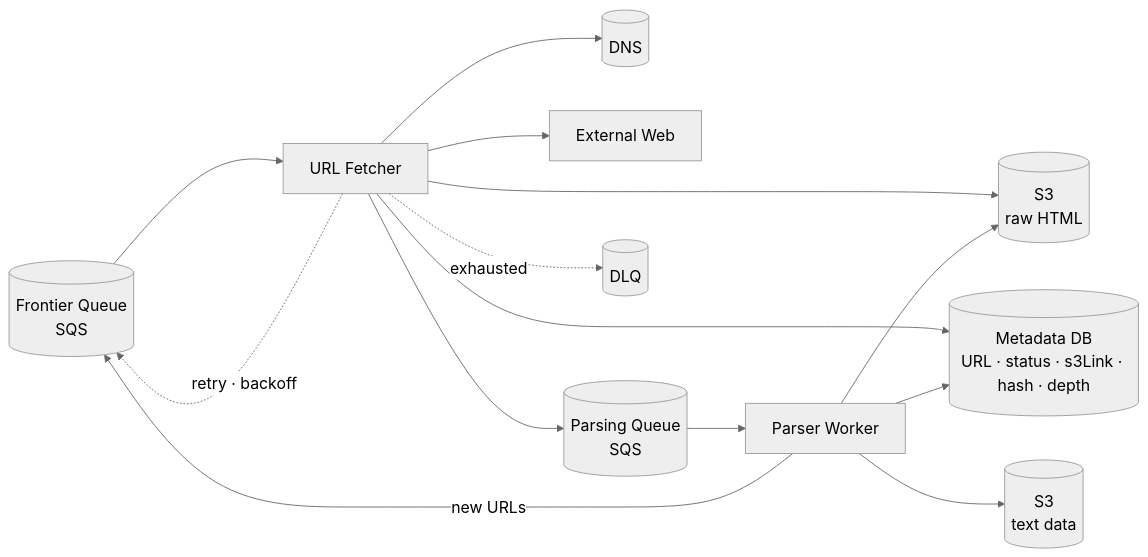
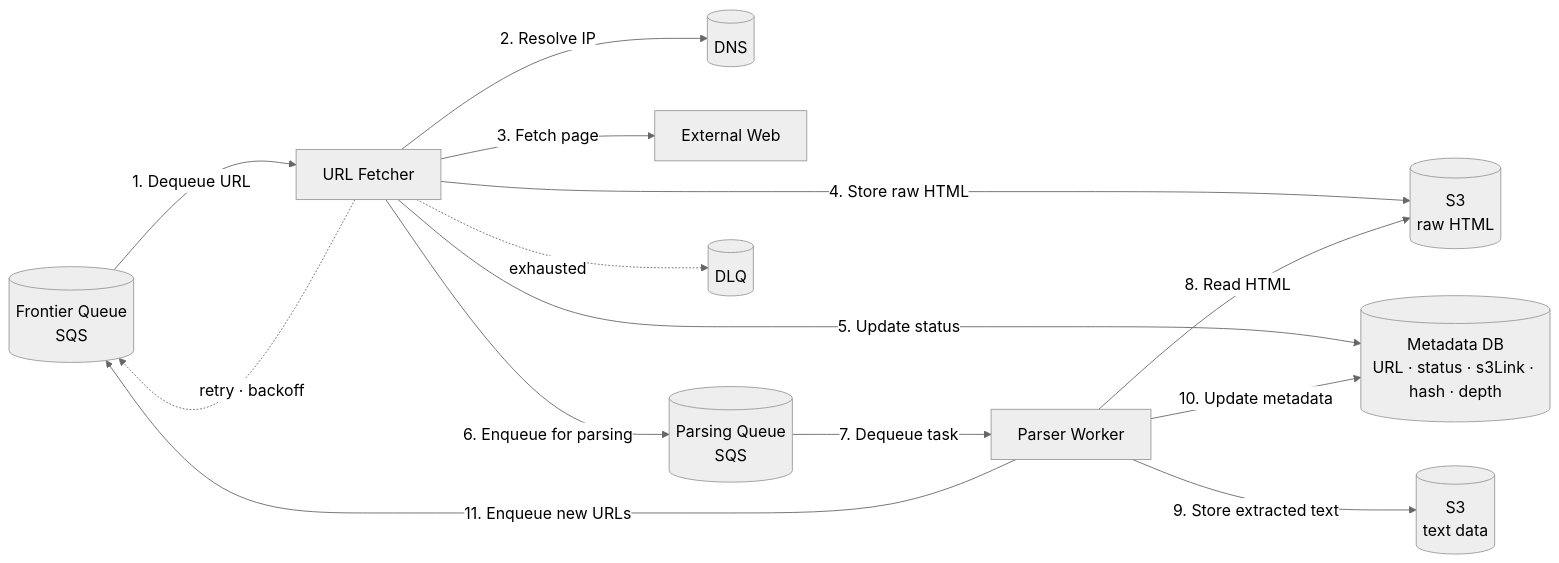
The third of 7 diagrams in hld/webcrawler.md (vipi-n/swe-101), drawn with Mermaid before and after one commit. The commit also changed other lines of this file, not shown here.

````diff
--- a/hld/webcrawler.md
+++ b/hld/webcrawler.md
@@ -175,17 +175,17 @@
 ```mermaid
 %%{init: {'theme': 'neutral', 'themeVariables': {'fontSize': '18px'}}}%%
 flowchart LR
-    FQ[("Frontier Queue<br/>SQS")] --> UF[URL Fetcher]
-    UF --> DNS[(DNS)]
-    UF --> WEB[External Web]
-    UF --> S3H[(S3<br/>raw HTML)]
-    UF --> MD[(Metadata DB<br/>URL · status · s3Link · hash · depth)]
-    UF --> PQ[("Parsing Queue<br/>SQS")]
-    PQ --> PW[Parser Worker]
-    PW --> S3H
-    PW --> S3T[(S3<br/>text data)]
-    PW --> MD
-    PW -- new URLs --> FQ
+    FQ[("Frontier Queue<br/>SQS")] -->|1. Dequeue URL| UF[URL Fetcher]
+    UF -->|2. Resolve IP| DNS[(DNS)]
+    UF -->|3. Fetch page| WEB[External Web]
+    UF -->|4. Store raw HTML| S3H[(S3<br/>raw HTML)]
+    UF -->|5. Update status| MD[(Metadata DB<br/>URL · status · s3Link · hash · depth)]
+    UF -->|6. Enqueue for parsing| PQ[("Parsing Queue<br/>SQS")]
+    PQ -->|7. Dequeue task| PW[Parser Worker]
+    PW -->|8. Read HTML| S3H
+    PW -->|9. Store extracted text| S3T[(S3<br/>text data)]
+    PW -->|10. Update metadata| MD
+    PW -->|11. Enqueue new URLs| FQ
     UF -. retry · backoff .-> FQ
     UF -. exhausted .-> DLQ[("DLQ")]
 ```
````
